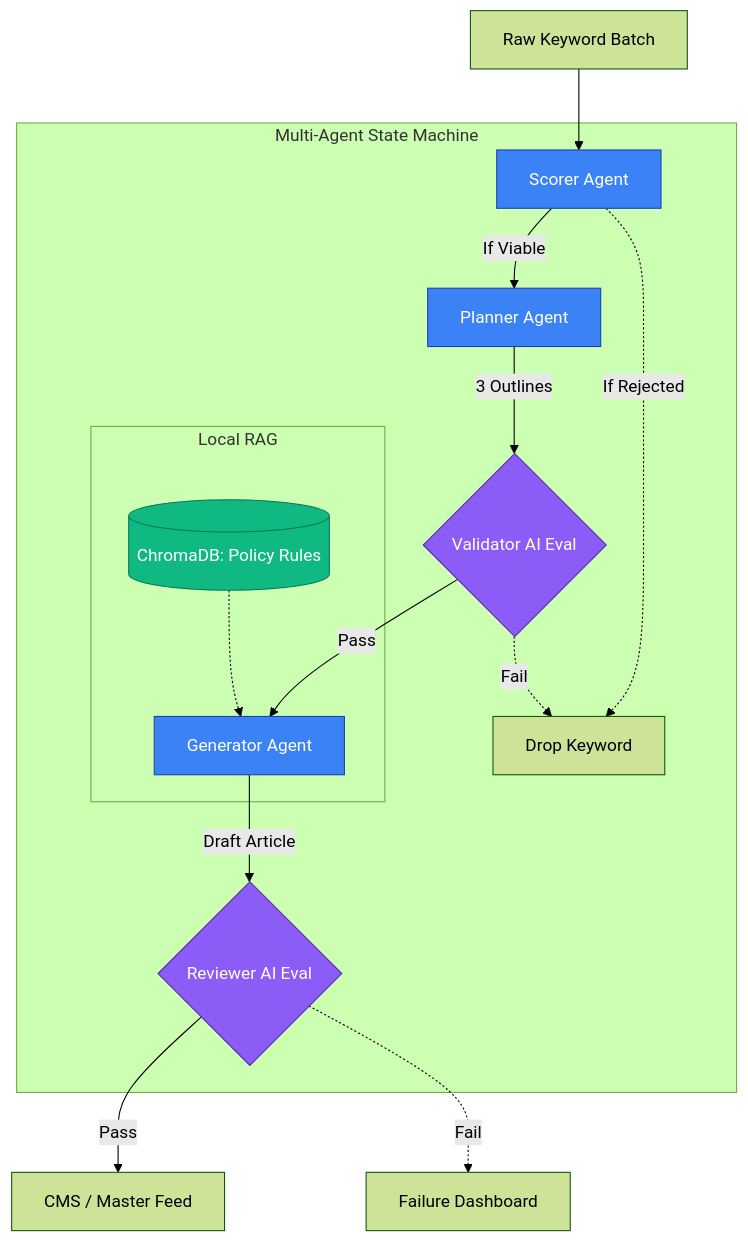
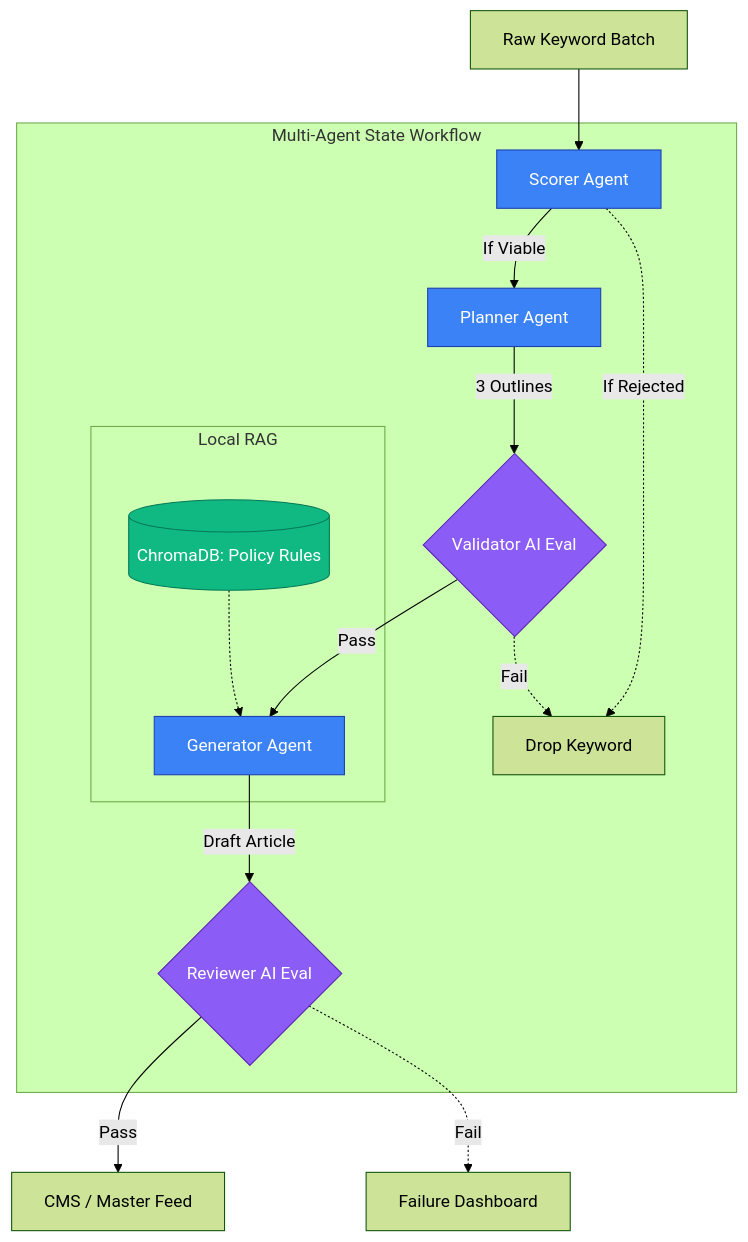
Before and after one commit to pallavi-oke/contentforge: the diagram in README.md, drawn with Mermaid (forest theme). The commit also changed other lines of this file, not shown here.

Commit message:
docs: Change state machine to state workflow

````diff
--- a/README.md
+++ b/README.md
@@ -15,30 +15,30 @@
 ```mermaid
 graph TD
     A[Raw Keyword Batch] --> B[Scorer Agent]
     
-    subgraph Multi-Agent State Machine
+    subgraph Multi-Agent State Workflow
         B -->|If Viable| C[Planner Agent]
         B -.->|If Rejected| Z[Drop Keyword]
         
         C -->|3 Outlines| D{Validator AI Eval}
         D -.->|Fail| Z
         D -->|Pass| E[Generator Agent]
         
         subgraph Local RAG
             db[(ChromaDB: Policy Rules)] -.-> E
         end
         
         E -->|Draft Article| F{Reviewer AI Eval}
     end
     
     F -->|Pass| G[CMS / Master Feed]
     F -.->|Fail| H[Failure Dashboard]
     
     %% Styling the nodes for visual clarity
     style B fill:#3b82f6,stroke:#1e40af,color:#fff
     style C fill:#3b82f6,stroke:#1e40af,color:#fff
     style D fill:#8b5cf6,stroke:#5b21b6,color:#fff,shape:diamond
     style E fill:#3b82f6,stroke:#1e40af,color:#fff
     style F fill:#8b5cf6,stroke:#5b21b6,color:#fff,shape:diamond
     style db fill:#10b981,stroke:#047857,color:#fff
 ```
````
